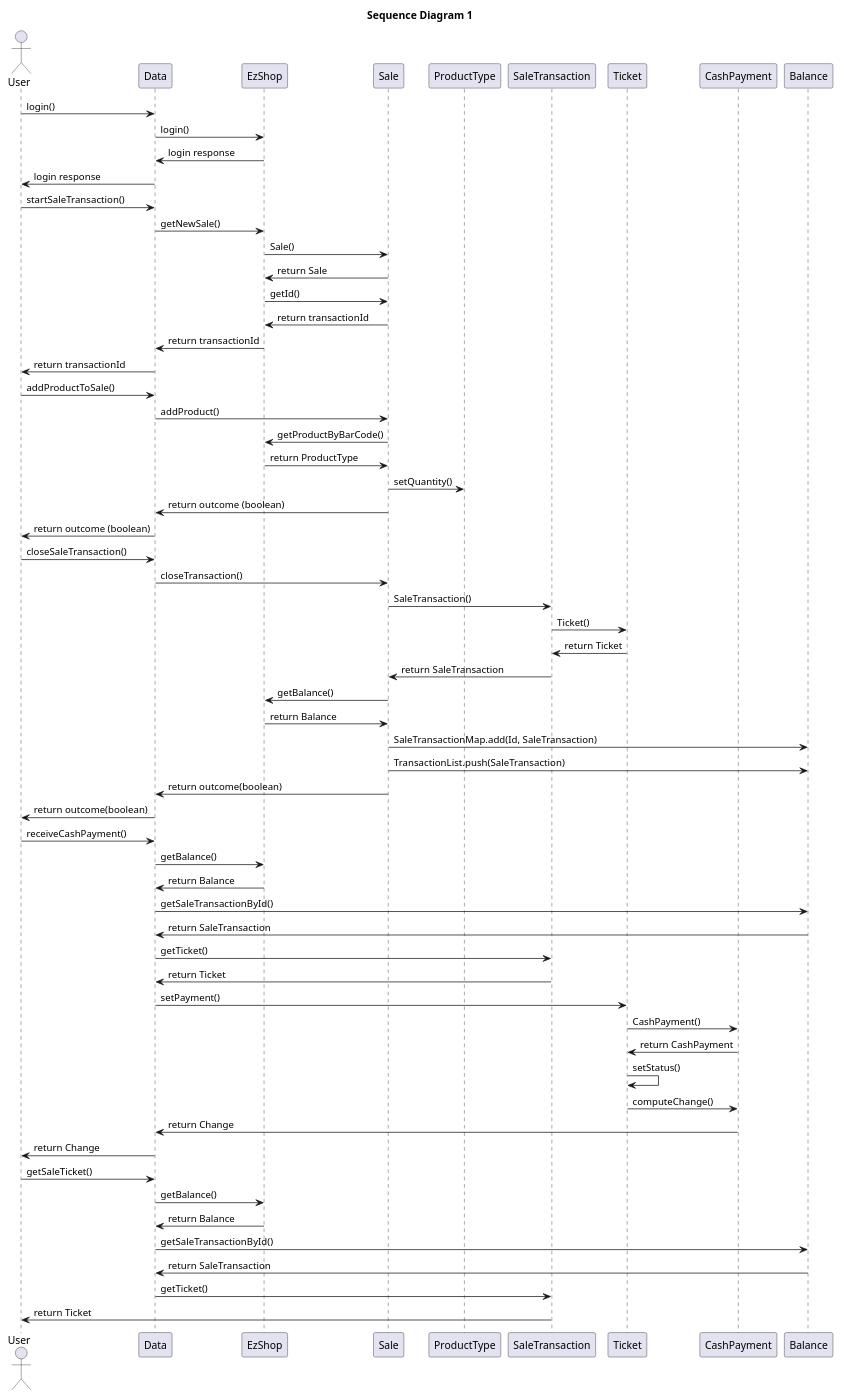
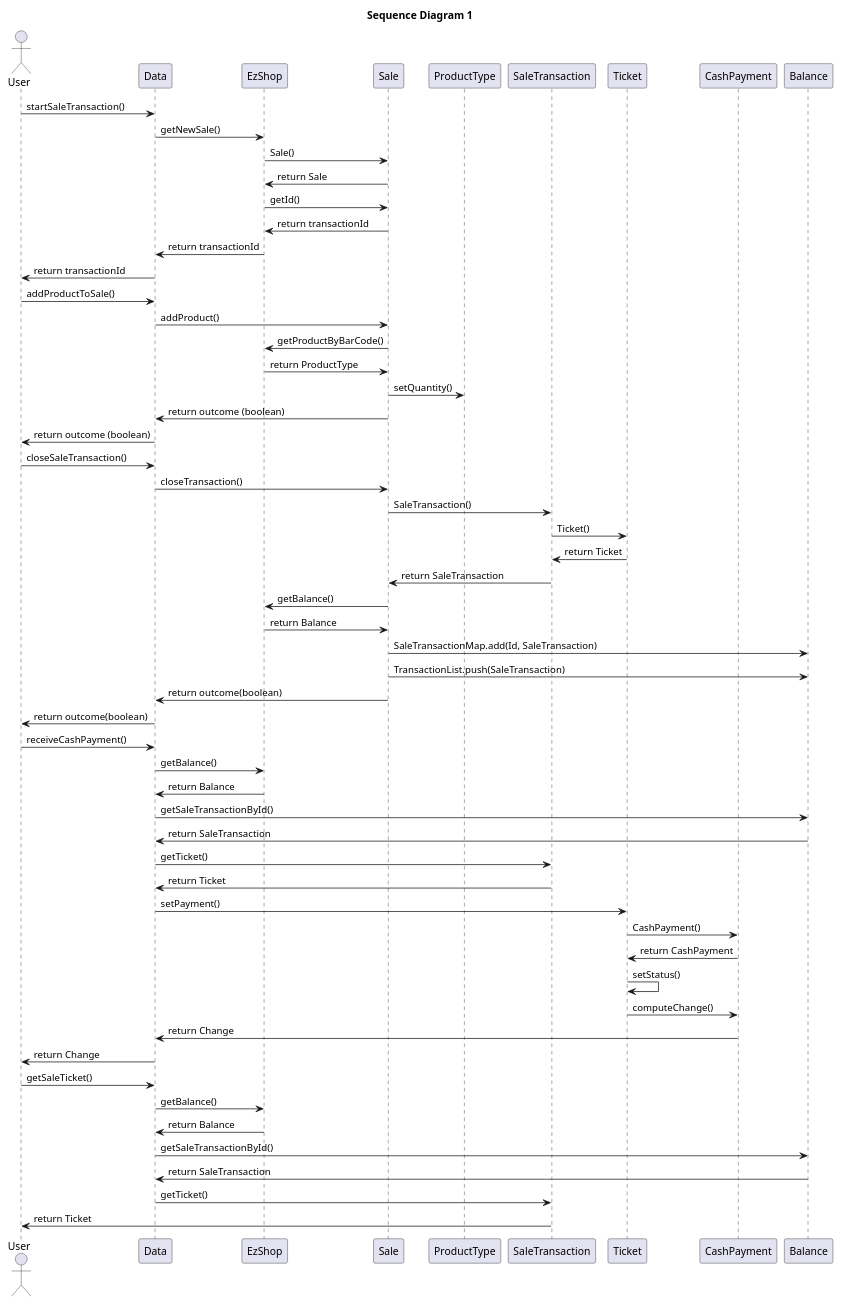
The third of 3 diagrams in Deliverables/DesignDocument.md (paolotron/EzshoProject31), drawn with PlantUML before and after one commit.

````diff
--- a/Deliverables/DesignDocument.md
+++ b/Deliverables/DesignDocument.md
@@ -309,67 +309,63 @@
 ``` plantuml
 @startuml
 title "Sequence Diagram 1"
 actor User
 participant Data
 participant EzShop
 participant Sale
 participant ProductType
 participant SaleTransaction
 participant Ticket
 participant CashPayment
 
-User -> Data: login()
-Data -> EzShop: login()
-EzShop -> Data: login response
-Data -> User: login response
 User -> Data: startSaleTransaction()
 Data -> EzShop: getNewSale()
 EzShop -> Sale: Sale()
 Sale -> EzShop: return Sale
 EzShop -> Sale: getId()
 Sale -> EzShop: return transactionId
 EzShop -> Data: return transactionId
 Data -> User: return transactionId
 User -> Data: addProductToSale()
 Data -> Sale: addProduct()
 Sale -> EzShop: getProductByBarCode()
 EzShop -> Sale: return ProductType
 Sale -> ProductType: setQuantity()
 Sale -> Data: return outcome (boolean)
 Data -> User: return outcome (boolean)
 User -> Data: closeSaleTransaction()
 Data -> Sale: closeTransaction()
 Sale -> SaleTransaction: SaleTransaction()
 SaleTransaction -> Ticket: Ticket()
 Ticket -> SaleTransaction: return Ticket
 SaleTransaction -> Sale: return SaleTransaction
 Sale -> EzShop: getBalance()
 EzShop -> Sale: return Balance
 Sale -> Balance: SaleTransactionMap.add(Id, SaleTransaction)
 Sale -> Balance: TransactionList.push(SaleTransaction)
 Sale -> Data: return outcome(boolean)
 Data -> User: return outcome(boolean)
 User -> Data: receiveCashPayment()
 Data -> EzShop: getBalance()
 EzShop -> Data: return Balance
 Data -> Balance: getSaleTransactionById()
 Balance -> Data: return SaleTransaction
 Data -> SaleTransaction: getTicket()
 SaleTransaction -> Data: return Ticket
 Data -> Ticket: setPayment()
 Ticket -> CashPayment: CashPayment()
 CashPayment -> Ticket: return CashPayment
 Ticket -> Ticket: setStatus()
 Ticket -> CashPayment: computeChange()
 CashPayment -> Data: return Change
 Data -> User: return Change
 User -> Data: getSaleTicket()
 Data -> EzShop: getBalance()
 EzShop -> Data: return Balance
 Data -> Balance: getSaleTransactionById()
 Balance -> Data: return SaleTransaction
 Data -> SaleTransaction: getTicket()
 SaleTransaction -> User: return Ticket
 
 @enduml
 ```
````
